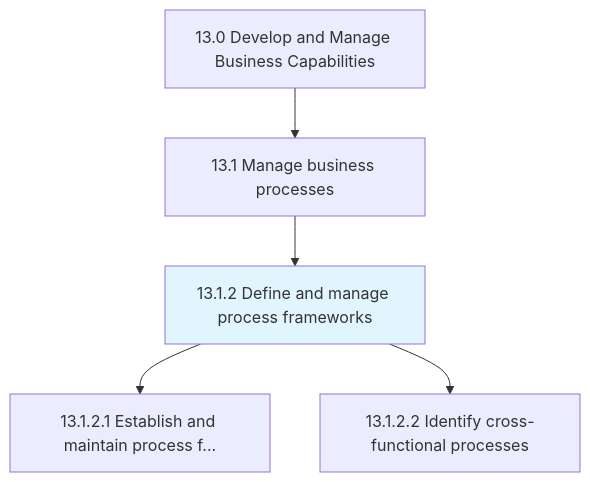
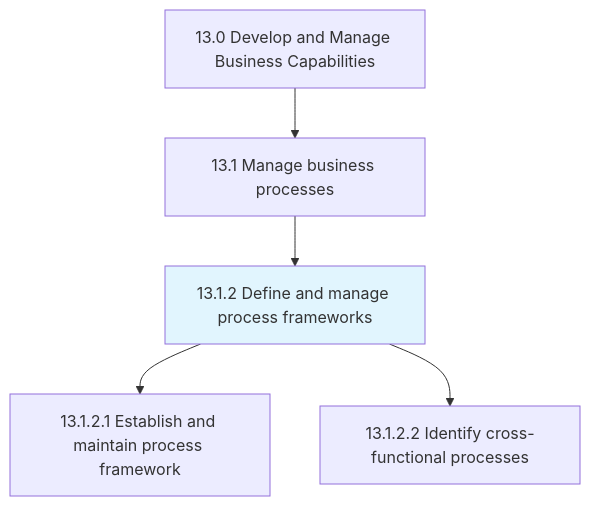
The first of 2 diagrams in processes/13-Capabilities/13.1-ManageBusinessProcesses/13.1.2-DefineManageProcessFrameworks/index.mdx (kziemski/business.org.ai), drawn with Mermaid before and after one commit. The commit also changed other lines of this file and 885 other files, not shown here.

````diff
--- a/processes/13-Capabilities/13.1-ManageBusinessProcesses/13.1.2-DefineManageProcessFrameworks/index.mdx
+++ b/processes/13-Capabilities/13.1-ManageBusinessProcesses/13.1.2-DefineManageProcessFrameworks/index.mdx
@@ -25,9 +27,9 @@
 ```mermaid
 graph TD
     C13["13.0 Develop and Manage Business Capabilities"]
     C13 --> N13_1["13.1 Manage business processes"]
     N13_1 --> N13_1_2["13.1.2 Define and manage process frameworks"]
     style N13_1_2 fill:#e1f5fe
-    N13_1_2 --> N13_1_2_1["13.1.2.1 Establish and maintain process f..."]
+    N13_1_2 --> N13_1_2_1["13.1.2.1 Establish and maintain process framework"]
     N13_1_2 --> N13_1_2_2["13.1.2.2 Identify cross-functional processes"]
 ```
````
